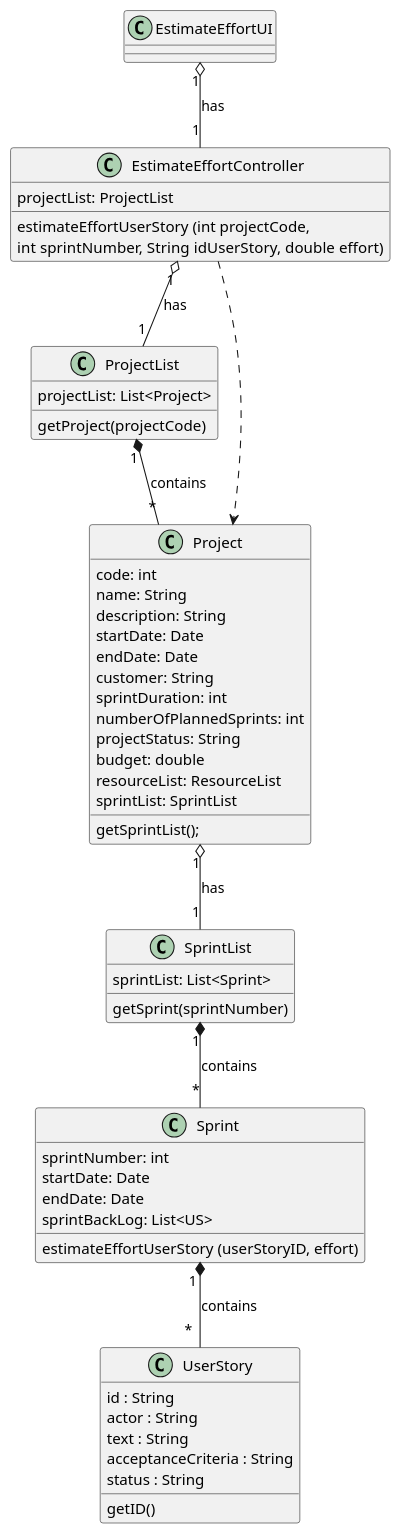
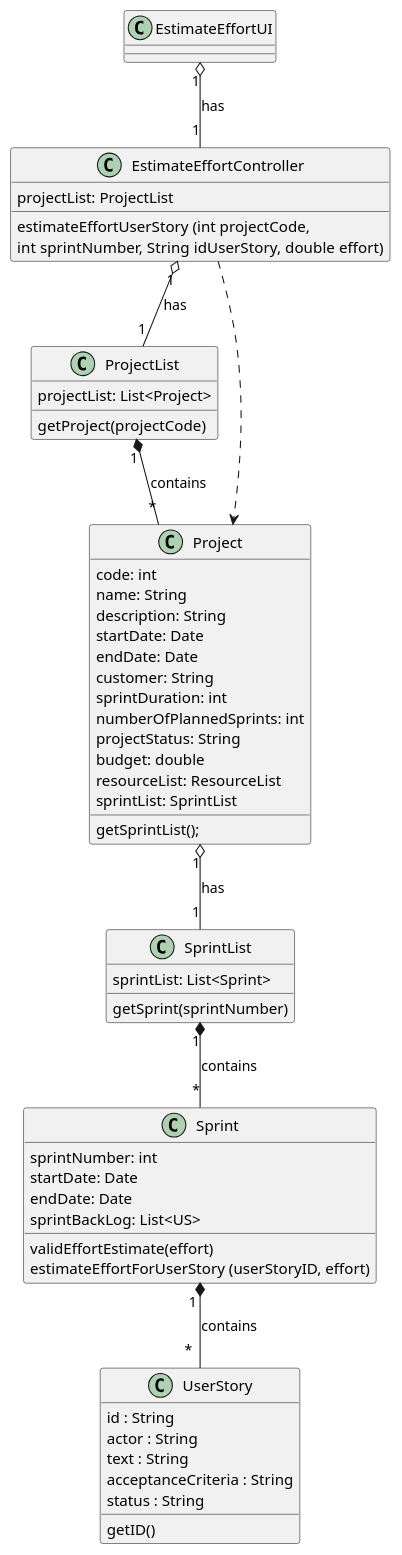
Before and after one commit to ivo-menezes/project_g3: the diagram in docs/modelling_design/user_stories/us021/US021_EstimateEffortUserStoryCD.puml, drawn with PlantUML.

Commit message:
US021: Design: US021_EstimateEffortUserStoryCD updated

```diff
--- a/docs/modelling_design/user_stories/us021/US021_EstimateEffortUserStoryCD.puml
+++ b/docs/modelling_design/user_stories/us021/US021_EstimateEffortUserStoryCD.puml
@@ -1,62 +1,63 @@
 @startuml
 
 class EstimateEffortUI {
 }
 
 class EstimateEffortController {
 projectList: ProjectList
 estimateEffortUserStory (int projectCode, \nint sprintNumber, String idUserStory, double effort)
 }
 
 class ProjectList {
 projectList: List<Project>
 getProject(projectCode)
 }
 
 class Project {
 code: int
 name: String
 description: String
 startDate: Date
 endDate: Date
 customer: String
 sprintDuration: int
 numberOfPlannedSprints: int
 projectStatus: String
 budget: double
 resourceList: ResourceList
 sprintList: SprintList
 getSprintList();
 }
 
 class SprintList {
 sprintList: List<Sprint>
 getSprint(sprintNumber)
 }
 
 class Sprint {
 sprintNumber: int
 startDate: Date
 endDate: Date
 sprintBackLog: List<US>
-estimateEffortUserStory (userStoryID, effort)
+validEffortEstimate(effort)
+estimateEffortForUserStory (userStoryID, effort)
 }
 
 class UserStory {
 id : String
 actor : String
 text : String
 acceptanceCriteria : String
 status : String
 getID()
 }
 
 EstimateEffortUI "1" o--  "1" EstimateEffortController: has
 EstimateEffortController "1" o-- "1" ProjectList: has
 ProjectList "1" *-- "*" Project: contains
 Project "1" o-- "1" SprintList: has
 SprintList "1" *-- "*" Sprint: contains
 Sprint "1 " *-- " *  " UserStory : contains
 EstimateEffortController ..> Project
 
 @enduml
```
